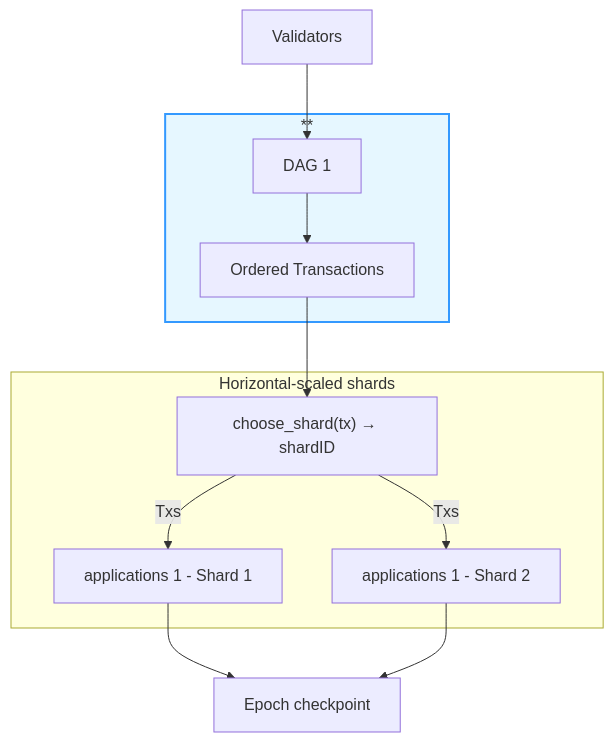
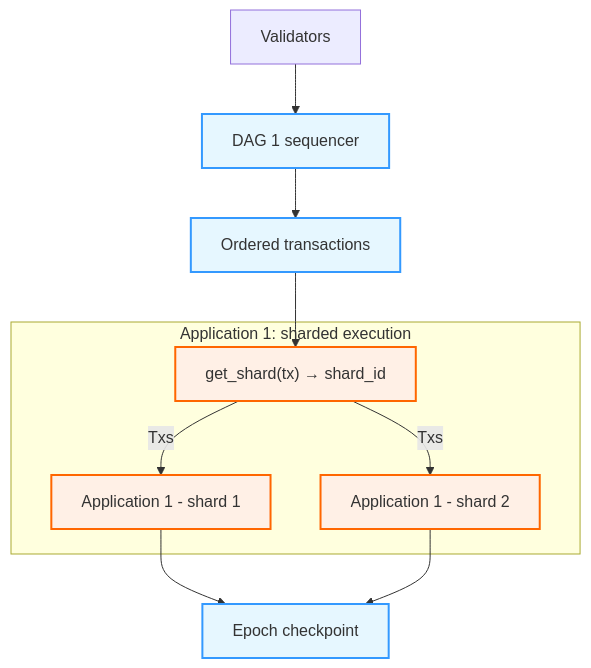
The diagram in technology/developing-application.md (0xAtelerix/docs), drawn with Mermaid before and after one commit. The commit also changed other lines of this file and 17 other files, not shown here.

First line of the commit message:
Docs audit: fix broken content, links, diagrams, and style

````diff
--- a/technology/developing-application.md
+++ b/technology/developing-application.md
@@ -74,37 +74,30 @@
 ```mermaid
 graph TD
     %% Define styles
-    classDef horiz fill:#e6f7ff,stroke:#3399ff,stroke-width:2px;
-    classDef vert fill:#fff0e6,stroke:#ff6600,stroke-width:2px;
+    classDef seq fill:#e6f7ff,stroke:#3399ff,stroke-width:2px;
+    classDef shard fill:#fff0e6,stroke:#ff6600,stroke-width:2px;
 
-    %% Multiple DAGs feeding horizontal scaling
-    subgraph Horizontal_Scaling["**"]
-        class Horizontal_Scaling horiz
-        DAG1[DAG 1] --> OT1[Ordered Transactions]
-    end
+    %% Shared sequencing
+    Validators[Validators] --> DAG1[DAG 1 sequencer]
+    DAG1 --> OT1[Ordered transactions]
 
-    %% Vertically scaling box: sharding function & shards
-    subgraph horizontal_Scaling["Horizontal-scaled shards"]
-        class Vertical_Scaling vert
-        shardFn["choose_shard(tx) → shardID"]
-        Shard1[applications 1 - Shard 1]
-        Shard2[applications 1 - Shard 2]
+    %% Sharded execution of a single application
+    subgraph Sharded["Application 1: sharded execution"]
+        shardFn["get_shard(tx) → shard_id"]
+        Shard1[Application 1 - shard 1]
+        Shard2[Application 1 - shard 2]
         shardFn -->|Txs| Shard1
         shardFn -->|Txs| Shard2
     end
 
-    %% Connect ordered txs to vertical scaling (sharding)
+    %% Ordered transactions feed the sharding function
     OT1 --> shardFn
 
-    %% Epoch checkpoint is out of vertical scaling subgraph
+    %% The epoch checkpoint sits outside the sharded application
     Shard1 --> CP[Epoch checkpoint]
     Shard2 --> CP
 
-    %% Validators connect directly to each DAG
-    Validators[Validators] --> DAG1
-
     %% Apply styles
-    class Horizontal_Scaling horiz
-    class Vertical_Scaling vert
-
+    class DAG1,OT1,CP seq;
+    class shardFn,Shard1,Shard2 shard;
 ```
````
